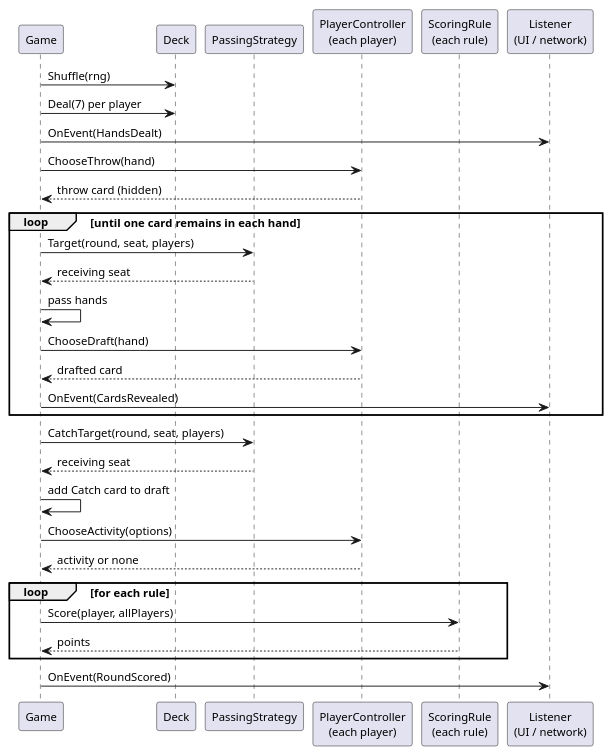
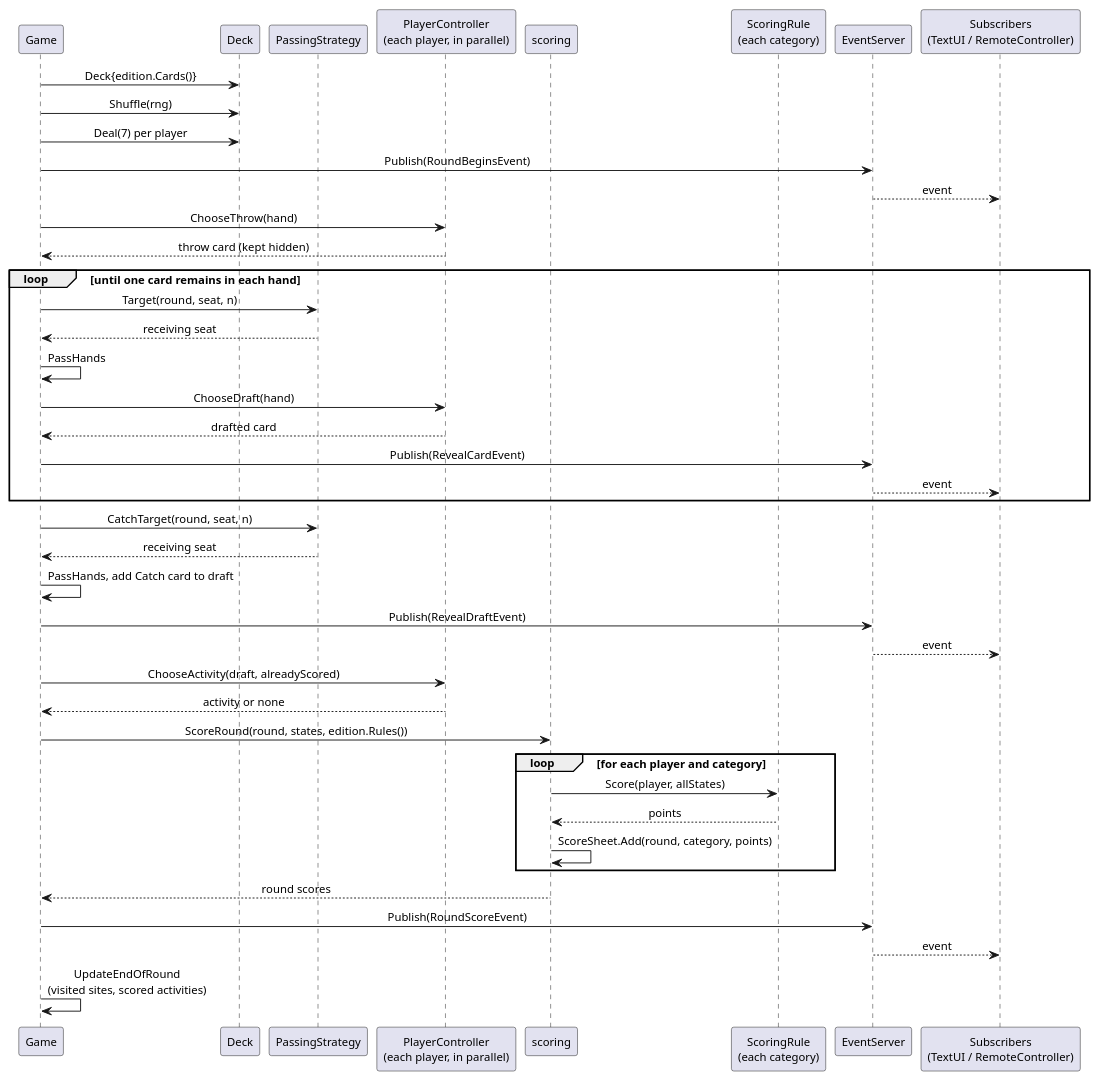
Before and after one commit to BlackestDawn/ltu-boomerang: the diagram in docs/diagrams/round.puml, drawn with PlantUML. The commit also changed 5 other files, not shown here.

Commit message:
updating diagrams

```diff
--- a/docs/diagrams/round.puml
+++ b/docs/diagrams/round.puml
@@ -1,35 +1,48 @@
 @startuml round
 skinparam defaultFontName Arial
 skinparam defaultFontSize 12
 skinparam shadowing false
+skinparam sequenceMessageAlign center
 participant Game
 participant Deck
 participant "PassingStrategy" as PS
-participant "PlayerController\n(each player)" as PC
-participant "ScoringRule\n(each rule)" as SR
-participant "Listener\n(UI / network)" as L
+participant "PlayerController\n(each player, in parallel)" as PC
+participant "scoring" as SC
+participant "ScoringRule\n(each category)" as SR
+participant "EventServer" as ES
+participant "Subscribers\n(TextUI / RemoteController)" as L
 
+Game -> Deck : Deck{edition.Cards()}
 Game -> Deck : Shuffle(rng)
 Game -> Deck : Deal(7) per player
-Game -> L : OnEvent(HandsDealt)
+Game -> ES : Publish(RoundBeginsEvent)
+ES --> L : event
 Game -> PC : ChooseThrow(hand)
-PC --> Game : throw card (hidden)
+PC --> Game : throw card (kept hidden)
 loop until one card remains in each hand
-  Game -> PS : Target(round, seat, players)
+  Game -> PS : Target(round, seat, n)
   PS --> Game : receiving seat
-  Game -> Game : pass hands
+  Game -> Game : PassHands
   Game -> PC : ChooseDraft(hand)
   PC --> Game : drafted card
-  Game -> L : OnEvent(CardsRevealed)
+  Game -> ES : Publish(RevealCardEvent)
+  ES --> L : event
 end
-Game -> PS : CatchTarget(round, seat, players)
+Game -> PS : CatchTarget(round, seat, n)
 PS --> Game : receiving seat
-Game -> Game : add Catch card to draft
-Game -> PC : ChooseActivity(options)
+Game -> Game : PassHands, add Catch card to draft
+Game -> ES : Publish(RevealDraftEvent)
+ES --> L : event
+Game -> PC : ChooseActivity(draft, alreadyScored)
 PC --> Game : activity or none
-loop for each rule
-  Game -> SR : Score(player, allPlayers)
-  SR --> Game : points
+Game -> SC : ScoreRound(round, states, edition.Rules())
+loop for each player and category
+  SC -> SR : Score(player, allStates)
+  SR --> SC : points
+  SC -> SC : ScoreSheet.Add(round, category, points)
 end
-Game -> L : OnEvent(RoundScored)
+SC --> Game : round scores
+Game -> ES : Publish(RoundScoreEvent)
+ES --> L : event
+Game -> Game : UpdateEndOfRound\n(visited sites, scored activities)
 @enduml
```
